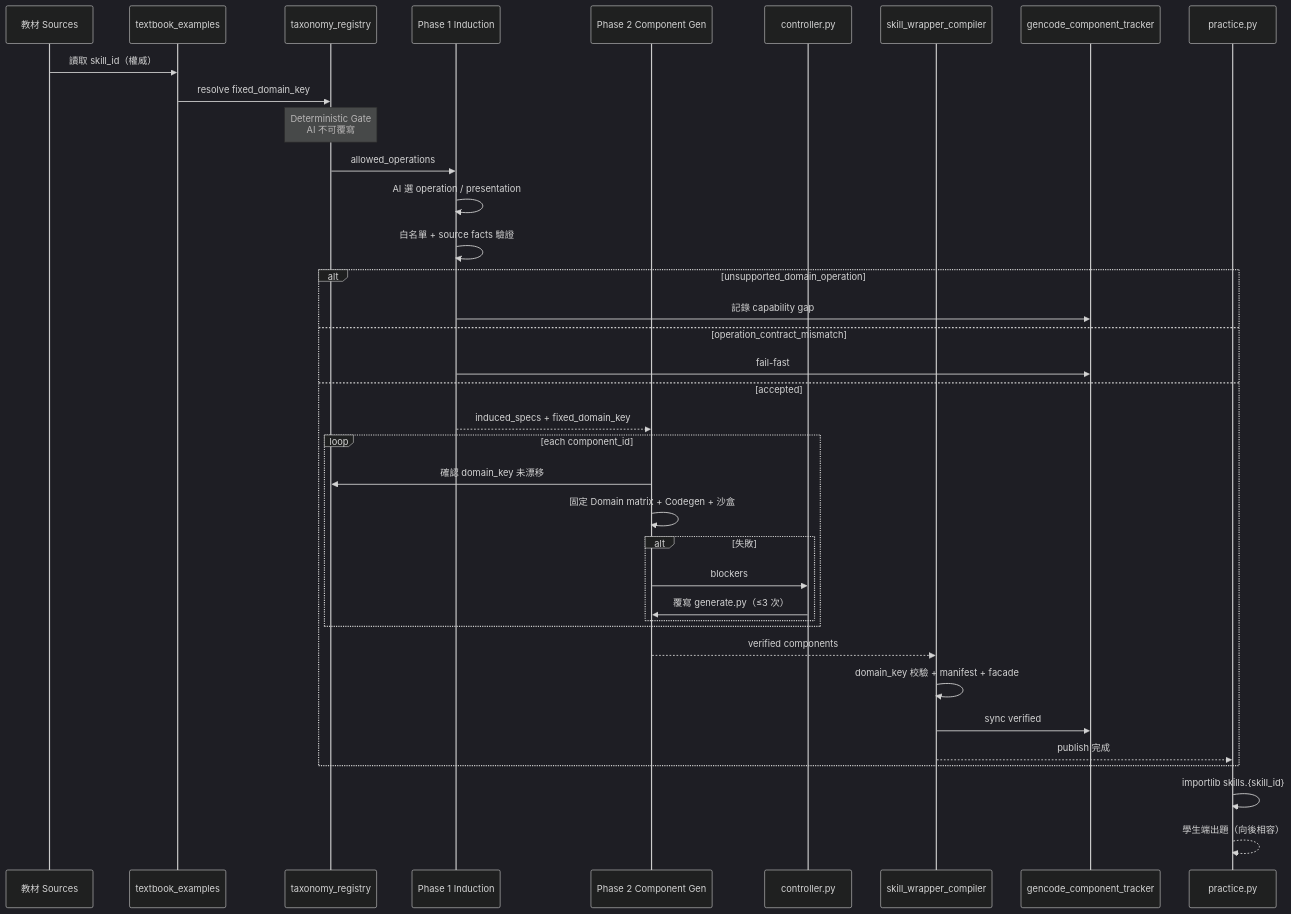
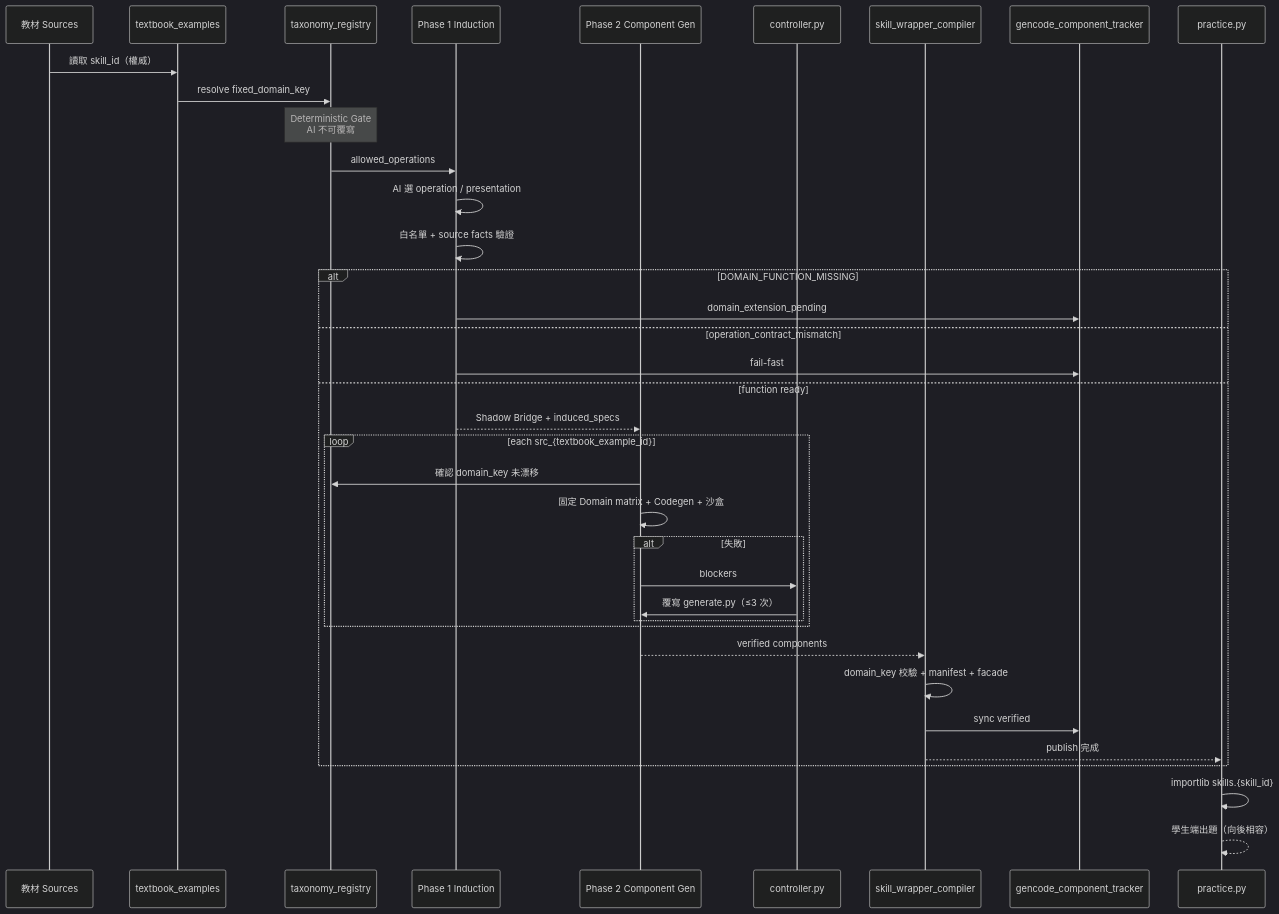
The tenth of 11 diagrams in docs/系統SOP/Gencode_AgentSkillV3整合/SOP_Gencode_AgentSkillV3_PipelineFlow.md (yyfsunnyboy/Mathproject_tvet_mathB), drawn with Mermaid (dark theme) before and after one commit. The commit also changed other lines of this file and 46 other files, not shown here.

````diff
--- a/docs/系統SOP/Gencode_AgentSkillV3整合/SOP_Gencode_AgentSkillV3_PipelineFlow.md
+++ b/docs/系統SOP/Gencode_AgentSkillV3整合/SOP_Gencode_AgentSkillV3_PipelineFlow.md
@@ -771,41 +855,41 @@
 ```mermaid
 sequenceDiagram
     participant SRC as 教材 Sources
     participant DB as textbook_examples
     participant REG as taxonomy_registry
     participant P1 as Phase 1 Induction
     participant P2 as Phase 2 Component Gen
     participant CTRL as controller.py
     participant P3 as skill_wrapper_compiler
     participant TRK as gencode_component_tracker
     participant WEB as practice.py
 
     SRC->>DB: 讀取 skill_id（權威）
     DB->>REG: resolve fixed_domain_key
     Note over REG: Deterministic Gate<br/>AI 不可覆寫
     REG->>P1: allowed_operations
     P1->>P1: AI 選 operation / presentation
     P1->>P1: 白名單 + source facts 驗證
-    alt unsupported_domain_operation
-        P1->>TRK: 記錄 capability gap
+    alt DOMAIN_FUNCTION_MISSING
+        P1->>TRK: domain_extension_pending
     else operation_contract_mismatch
         P1->>TRK: fail-fast
-    else accepted
-        P1-->>P2: induced_specs + fixed_domain_key
-        loop each component_id
+    else function ready
+        P1-->>P2: Shadow Bridge + induced_specs
+        loop each src_{textbook_example_id}
             P2->>REG: 確認 domain_key 未漂移
             P2->>P2: 固定 Domain matrix + Codegen + 沙盒
             alt 失敗
                 P2->>CTRL: blockers
                 CTRL->>P2: 覆寫 generate.py（≤3 次）
             end
         end
         P2-->>P3: verified components
         P3->>P3: domain_key 校驗 + manifest + facade
         P3->>TRK: sync verified
         P3-->>WEB: publish 完成
     end
 
     WEB->>WEB: importlib skills.{skill_id}
     WEB-->>WEB: 學生端出題（向後相容）
 ```
````
